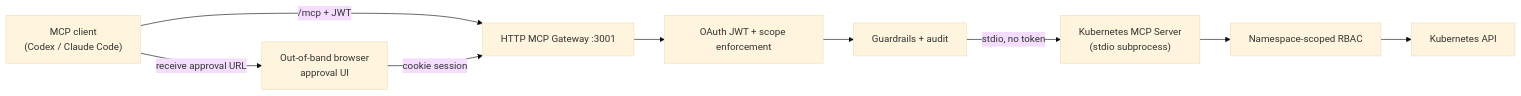
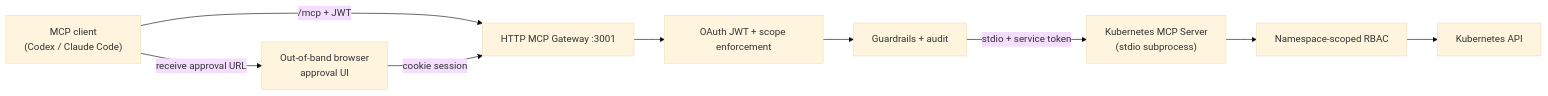
One commit to mirusser/Kubernetes-MCP-Guard changed the diagram in docs/devs-readme.md. Above: the diagram before and after it, drawn with Mermaid (base theme). The commit also changed other lines of this file and 12 other files, not shown here.

````diff
--- a/docs/devs-readme.md
+++ b/docs/devs-readme.md
@@ -27,17 +27,17 @@
 ```mermaid
 graph LR
     Client["MCP client<br/>(Codex / Claude Code)"]
     Gateway["HTTP MCP Gateway :3001"]
     Auth["OAuth JWT + scope enforcement"]
     Guardrails["Guardrails + audit"]
     K8sMcp["Kubernetes MCP Server<br/>(stdio subprocess)"]
     Approval["Out-of-band browser<br/>approval UI"]
     Rbac["Namespace-scoped RBAC"]
     K8s["Kubernetes API"]
 
     Client -->|"/mcp + JWT"| Gateway
     Gateway --> Auth --> Guardrails
-    Guardrails -->|"stdio, no token"| K8sMcp --> Rbac --> K8s
+    Guardrails -->|"stdio + service token"| K8sMcp --> Rbac --> K8s
     Client -->|"receive approval URL"| Approval
     Approval -->|"cookie session"| Gateway
 ```
````
